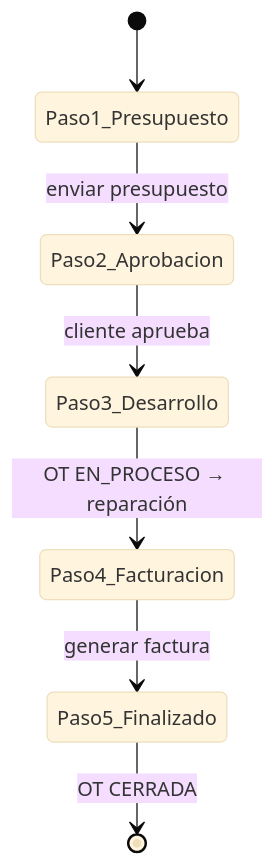
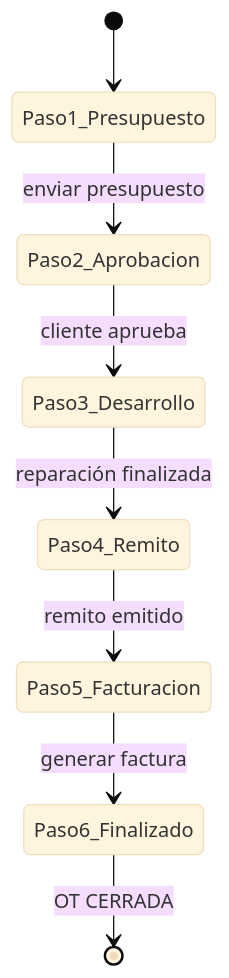
The first of 3 diagrams in docs/13-FLUJOS-COMERCIALES.md (LeanMongelos/ib_erp), drawn with Mermaid (base theme) before and after one commit. The commit also changed other lines of this file and 44 other files, not shown here.

First line of the commit message:
feat(ventas): flujo presupuesto-remito-factura con OT e inventario Action Sales

````diff
--- a/docs/13-FLUJOS-COMERCIALES.md
+++ b/docs/13-FLUJOS-COMERCIALES.md
@@ -8,9 +8,10 @@
 ```mermaid
 stateDiagram-v2
   [*] --> Paso1_Presupuesto
   Paso1_Presupuesto --> Paso2_Aprobacion: enviar presupuesto
   Paso2_Aprobacion --> Paso3_Desarrollo: cliente aprueba
-  Paso3_Desarrollo --> Paso4_Facturacion: OT EN_PROCESO → reparación
-  Paso4_Facturacion --> Paso5_Finalizado: generar factura
-  Paso5_Finalizado --> [*]: OT CERRADA
+  Paso3_Desarrollo --> Paso4_Remito: reparación finalizada
+  Paso4_Remito --> Paso5_Facturacion: remito emitido
+  Paso5_Facturacion --> Paso6_Finalizado: generar factura
+  Paso6_Finalizado --> [*]: OT CERRADA
 ```
````
